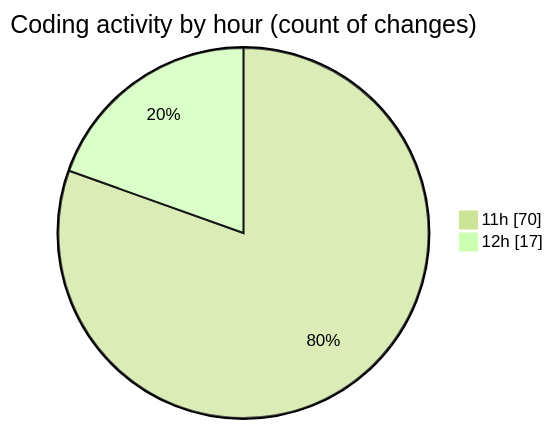
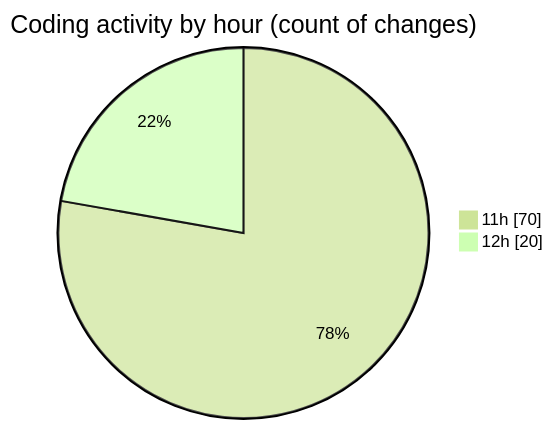
The second of 2 diagrams in 2025-12-24/nxtqube_webapp/README.md (nxtqubesakshisongat/code-tracking), drawn with Mermaid (forest theme) before and after one commit. The commit also changed other lines of this file and 1 other file, not shown here.

````diff
--- a/2025-12-24/nxtqube_webapp/README.md
+++ b/2025-12-24/nxtqube_webapp/README.md
@@ -28,6 +28,6 @@
 ```mermaid
 pie showData
 title Coding activity by hour (count of changes)
 "11h" : 70
-"12h" : 17
+"12h" : 20
 ```
````
